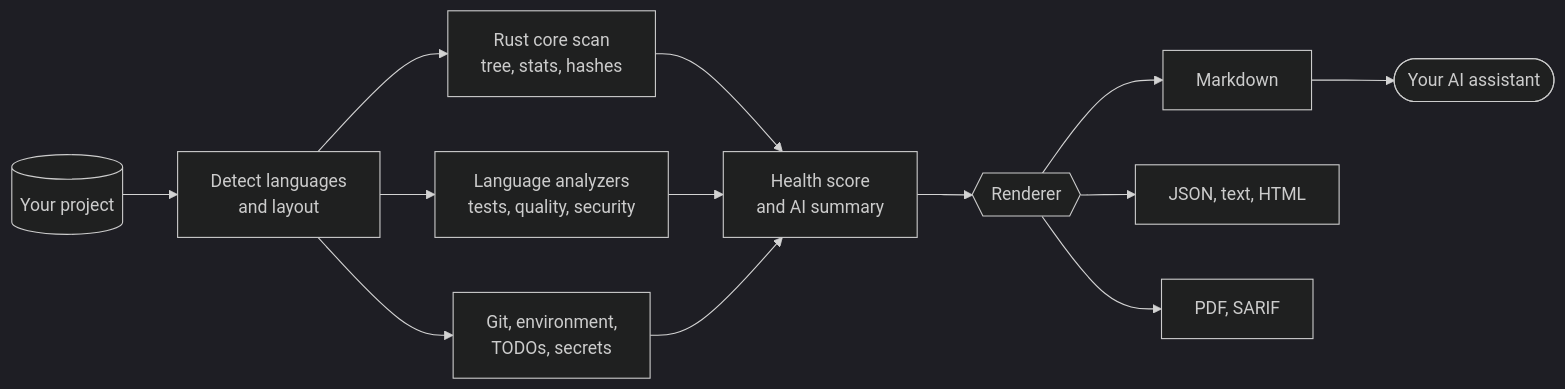
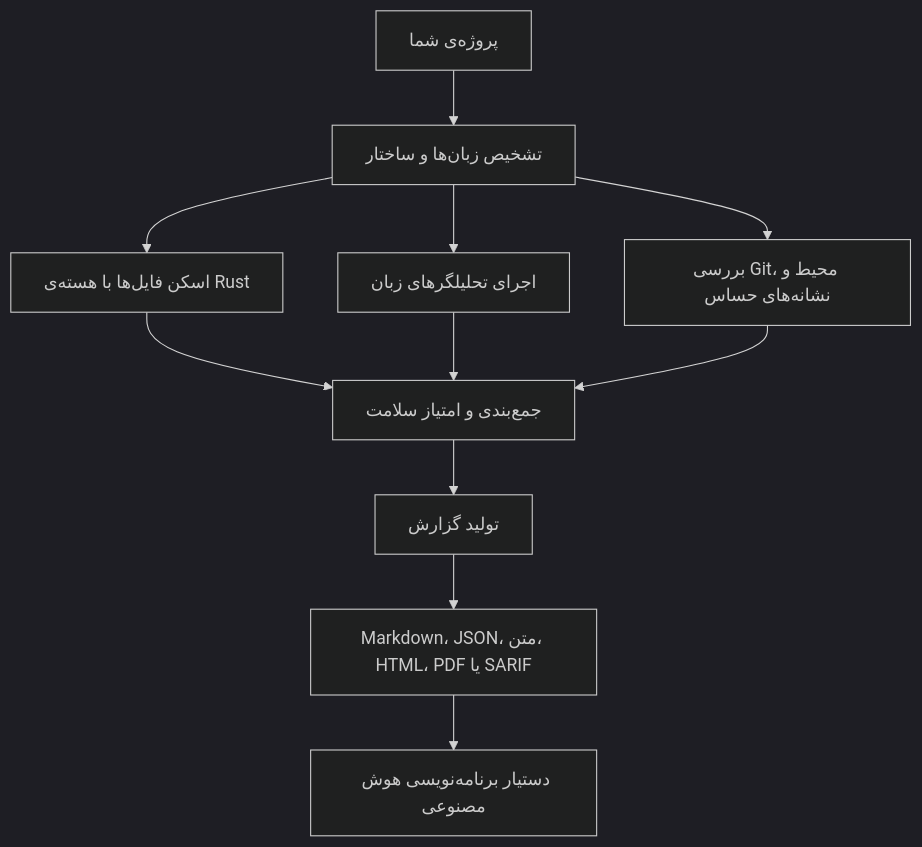
The diagram in README.fa.md (msoleimani62/sarand), drawn with Mermaid (dark theme) before and after one commit. The commit also changed other lines of this file and 1 other file, not shown here.

````diff
--- a/README.fa.md
+++ b/README.fa.md
@@ -121,15 +109,13 @@
 ```mermaid
-flowchart LR
-    P[("Your project")] --> D["Detect languages<br/>and layout"]
-    D --> S["Rust core scan<br/>tree, stats, hashes"]
-    D --> A["Language analyzers<br/>tests, quality, security"]
-    D --> G["Git, environment,<br/>TODOs, secrets"]
-    S --> H["Health score<br/>and AI summary"]
-    A --> H
-    G --> H
-    H --> R{{"Renderer"}}
-    R --> O1["Markdown"]
-    R --> O2["JSON, text, HTML"]
-    R --> O3["PDF, SARIF"]
-    O1 --> AI(["Your AI assistant"])
+flowchart TD
+    A["پروژه‌ی شما"] --> B["تشخیص زبان‌ها و ساختار"]
+    B --> C["اسکن فایل‌ها با هسته‌ی Rust"]
+    B --> D["اجرای تحلیلگرهای زبان"]
+    B --> E["بررسی Git، محیط و نشانه‌های حساس"]
+    C --> F["جمع‌بندی و امتیاز سلامت"]
+    D --> F
+    E --> F
+    F --> G["تولید گزارش"]
+    G --> H["Markdown، JSON، متن، HTML، PDF یا SARIF"]
+    H --> I["دستیار برنامه‌نویسی هوش مصنوعی"]
 ```
````
